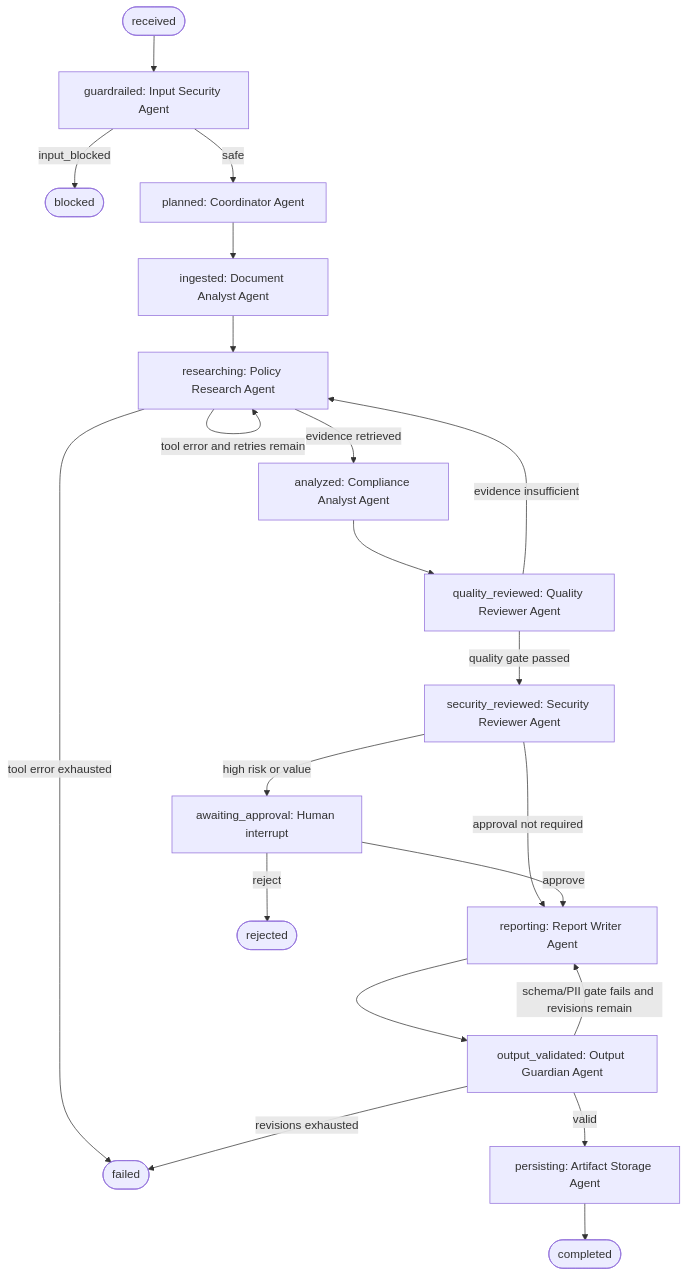
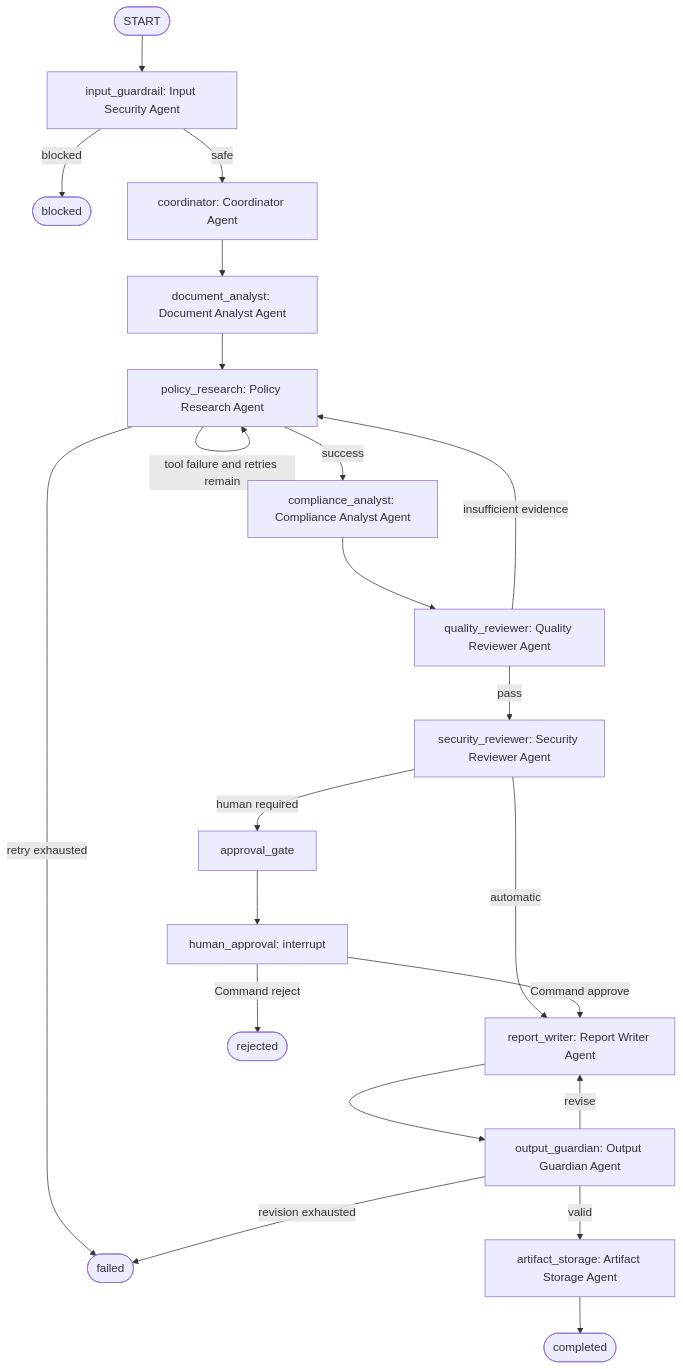
Before and after one commit to Adwd23/contractguard-ai-capstone: the diagram in docs/agent_graph.md, drawn with Mermaid. The commit also changed other lines of this file and 11 other files, not shown here.

````diff
--- a/docs/agent_graph.md
+++ b/docs/agent_graph.md
@@ -9,23 +7,24 @@
 ```mermaid
 flowchart TD
-    START([received]) --> guardrailed[guardrailed: Input Security Agent]
-    guardrailed -->|input_blocked| blocked([blocked])
-    guardrailed -->|safe| planned[planned: Coordinator Agent]
-    planned --> ingested[ingested: Document Analyst Agent]
-    ingested --> researching[researching: Policy Research Agent]
-    researching -->|tool error and retries remain| researching
-    researching -->|tool error exhausted| failed([failed])
-    researching -->|evidence retrieved| analyzed[analyzed: Compliance Analyst Agent]
-    analyzed --> quality[quality_reviewed: Quality Reviewer Agent]
-    quality -->|evidence insufficient| researching
-    quality -->|quality gate passed| security[security_reviewed: Security Reviewer Agent]
-    security -->|high risk or value| approval[awaiting_approval: Human interrupt]
-    security -->|approval not required| reporting[reporting: Report Writer Agent]
-    approval -->|approve| reporting
-    approval -->|reject| rejected([rejected])
-    reporting --> validation[output_validated: Output Guardian Agent]
-    validation -->|schema/PII gate fails and revisions remain| reporting
-    validation -->|revisions exhausted| failed
-    validation -->|valid| persisting[persisting: Artifact Storage Agent]
-    persisting --> completed([completed])
+    START([START]) --> input[input_guardrail: Input Security Agent]
+    input -->|blocked| blocked([blocked])
+    input -->|safe| coord[coordinator: Coordinator Agent]
+    coord --> doc[document_analyst: Document Analyst Agent]
+    doc --> research[policy_research: Policy Research Agent]
+    research -->|tool failure and retries remain| research
+    research -->|success| compliance[compliance_analyst: Compliance Analyst Agent]
+    research -->|retry exhausted| failed([failed])
+    compliance --> quality[quality_reviewer: Quality Reviewer Agent]
+    quality -->|insufficient evidence| research
+    quality -->|pass| security[security_reviewer: Security Reviewer Agent]
+    security -->|human required| gate[approval_gate]
+    security -->|automatic| writer[report_writer: Report Writer Agent]
+    gate --> human[human_approval: interrupt]
+    human -->|Command approve| writer
+    human -->|Command reject| rejected([rejected])
+    writer --> output[output_guardian: Output Guardian Agent]
+    output -->|revise| writer
+    output -->|valid| storage[artifact_storage: Artifact Storage Agent]
+    output -->|revision exhausted| failed
+    storage --> completed([completed])
 ```
````
